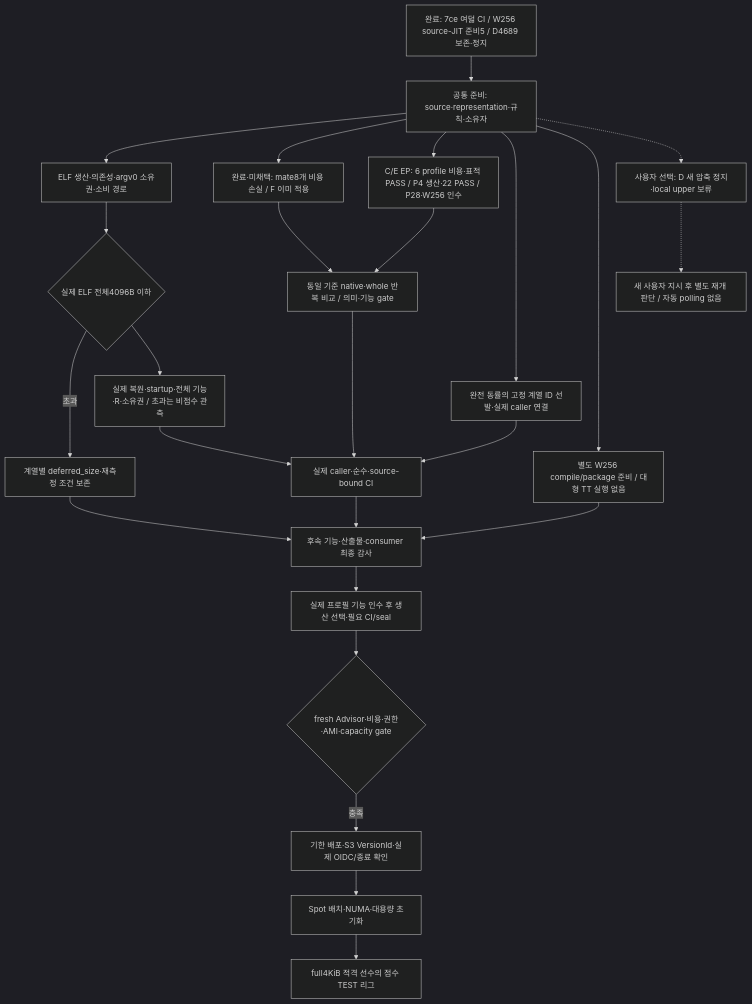
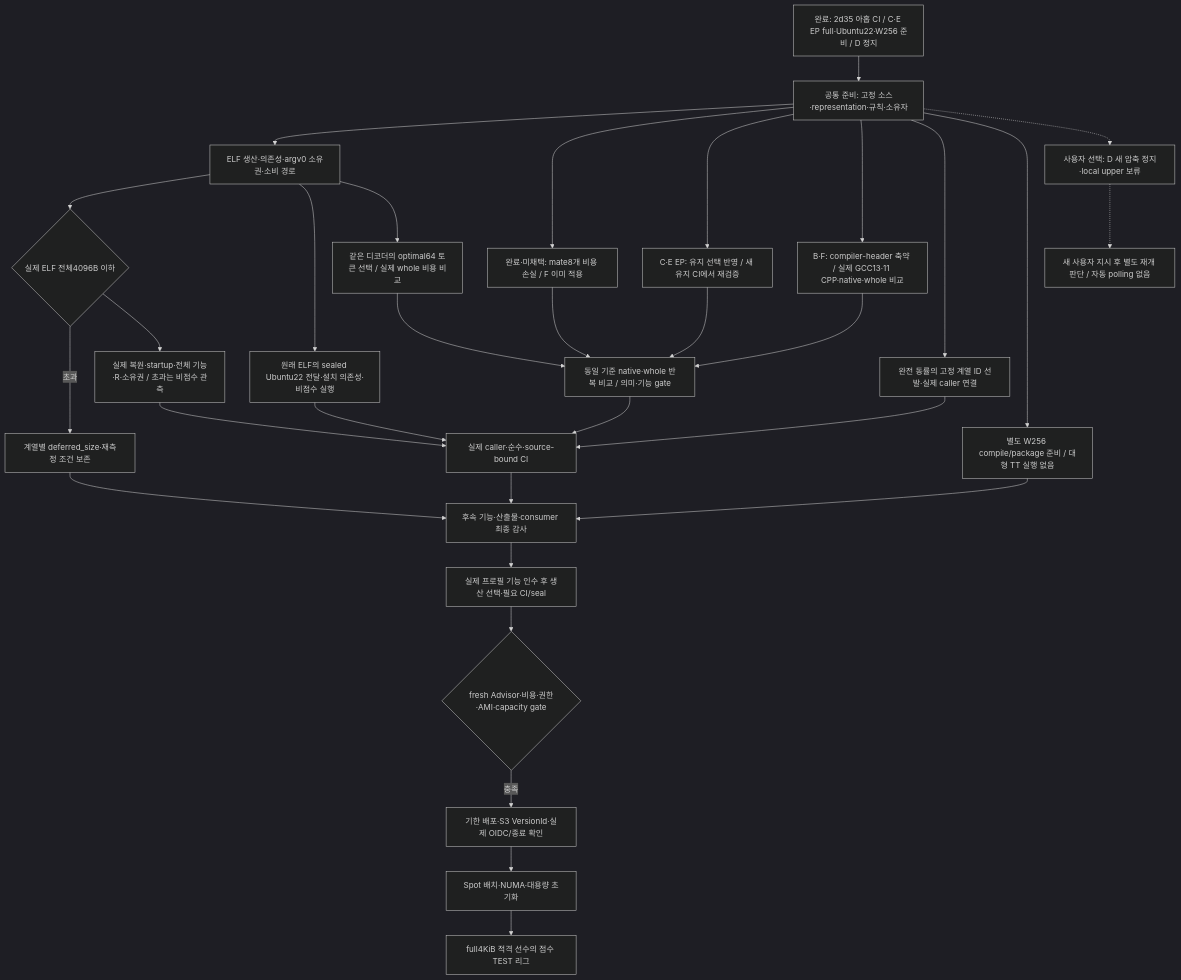
One commit to daejunnom/Rove4k changed the fourth of 4 diagrams in docs/ENGINE-PLAN.ko.md. Above: the diagram before and after it, drawn with Mermaid (dark theme). The commit also changed other lines of this file and 3 other files, not shown here.

```diff
--- a/docs/ENGINE-PLAN.ko.md
+++ b/docs/ENGINE-PLAN.ko.md
@@ -710,27 +710,33 @@
 ~~~mermaid
 flowchart TD
-  DONE[완료: 7ce 여덟 CI / W256 source-JIT 준비5 / D4689 보존·정지] --> PREP[공통 준비: source·representation·규칙·소유자]
+  DONE[완료: 2d35 아홉 CI / C·E EP full·Ubuntu22·W256 준비 / D 정지] --> PREP[공통 준비: 고정 소스·representation·규칙·소유자]
   PREP --> ELF[ELF 생산·의존성·argv0 소유권·소비 경로]
   PREP --> MATE[완료·미채택: mate8개 비용 손실 / F 이미 적용]
-  PREP --> EP[C/E EP: 6 profile 비용·표적 PASS / P4 생산·22 PASS / P28·W256 인수]
+  PREP --> EP[C·E EP: 유지 선택 반영 / 새 유지 CI에서 재검증]
+  PREP --> HEADER[B·F: compiler-header 축약 / 실제 GCC13·11 CPP·native·whole 비교]
   PREP --> LEAGUEFIX[완전 동률의 고정 계열 ID 선발·실제 caller 연결]
   PREP --> W256[별도 W256 compile/package 준비 / 대형 TT 실행 없음]
   ELF --> SIZE{실제 ELF 전체4096B 이하}
+  ELF --> ELF22[원래 ELF의 sealed Ubuntu22 전달·설치 의존성·비점수 실행]
+  ELF --> PARSE[같은 디코더의 optimal64 토큰 선택 / 실제 whole 비용 비교]
   SIZE -->|초과| DEFER[계열별 deferred_size·재측정 조건 보존]
   SIZE --> ELFR[실제 복원·startup·전체 기능·R·소유권 / 초과는 비점수 관측]
   MATE --> COST[동일 기준 native·whole 반복 비교 / 의미·기능 gate]
   EP --> COST
+  HEADER --> COST
+  PARSE --> COST
+  ELF22 --> CI
   LEAGUEFIX --> CI[실제 caller·순수·source-bound CI]
   COST --> CI
   ELFR --> CI
   DEFER --> NEXTAUDIT[후속 기능·산출물·consumer 최종 감사]
   W256 --> NEXTAUDIT
   CI --> NEXTAUDIT
   PREP -.-> DHOLD[사용자 선택: D 새 압축 정지·local upper 보류]
   DHOLD -.-> RESUME[새 사용자 지시 후 별도 재개 판단 / 자동 polling 없음]
   NEXTAUDIT --> SELECT[실제 프로필 기능 인수 후 생산 선택·필요 CI/seal]
   SELECT --> GATE{fresh Advisor·비용·권한·AMI·capacity gate}
   GATE -->|충족| LIVE[기한 배포·S3 VersionId·실제 OIDC/종료 확인]
   LIVE --> NUMA[Spot 배치·NUMA·대용량 초기화]
   NUMA --> LEAGUE[full4KiB 적격 선수의 점수 TEST 리그]
 ~~~
```
